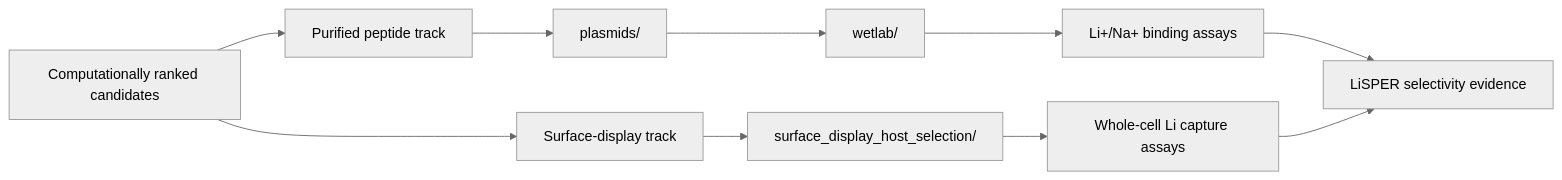
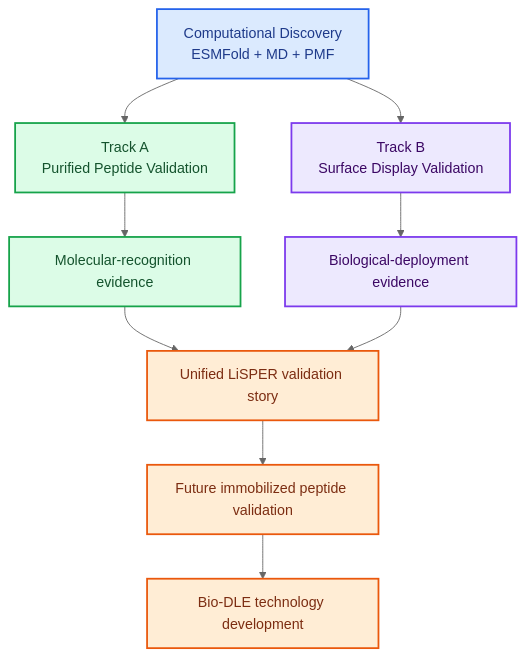
The diagram in 02_experimental_validation/README.md (jackyissocute/LiSPER), drawn with Mermaid (neutral theme) before and after one commit. The commit also changed other lines of this file and 76 other files, not shown here.

````diff
--- a/02_experimental_validation/README.md
+++ b/02_experimental_validation/README.md
@@ -5,12 +5,20 @@
 ```mermaid
-flowchart LR
-    A["Computationally ranked candidates"] --> B["Purified peptide track"]
-    A --> C["Surface-display track"]
-    B --> D["plasmids/"]
-    D --> E["wetlab/"]
-    E --> F["Li+/Na+ binding assays"]
-    C --> G["surface_display_host_selection/"]
-    G --> H["Whole-cell Li capture assays"]
-    F --> I["LiSPER selectivity evidence"]
-    H --> I
+flowchart TD
+    A["Computational Discovery<br/>ESMFold + MD + PMF"] --> B["Track A<br/>Purified Peptide Validation"]
+    A --> C["Track B<br/>Surface Display Validation"]
+    B --> D["Molecular-recognition evidence"]
+    C --> E["Biological-deployment evidence"]
+    D --> F["Unified LiSPER validation story"]
+    E --> F
+    F --> G["Future immobilized peptide validation"]
+    G --> H["Bio-DLE technology development"]
+
+    classDef comp fill:#dbeafe,stroke:#2563eb,stroke-width:2px,color:#1e3a8a
+    classDef trackA fill:#dcfce7,stroke:#16a34a,stroke-width:2px,color:#14532d
+    classDef trackB fill:#ede9fe,stroke:#7c3aed,stroke-width:2px,color:#3b0764
+    classDef future fill:#ffedd5,stroke:#ea580c,stroke-width:2px,color:#7c2d12
+    class A comp
+    class B,D trackA
+    class C,E trackB
+    class F,G,H future
 ```
````
